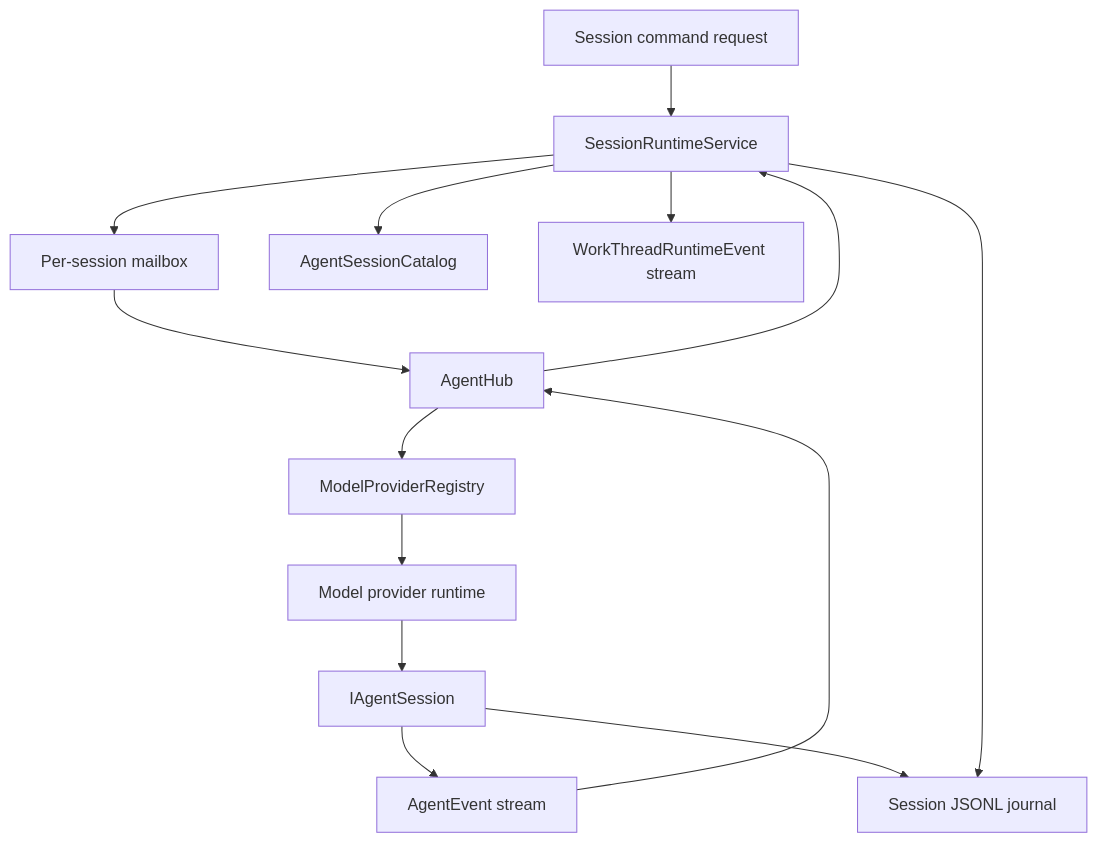
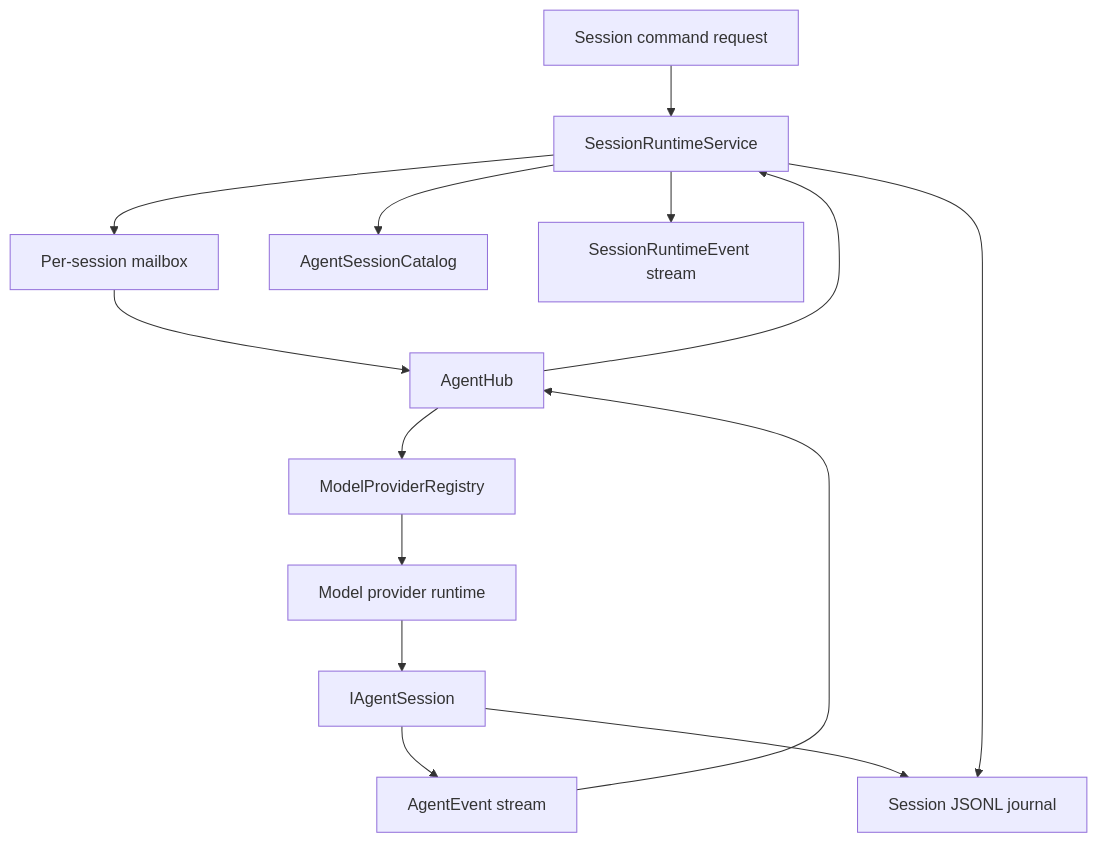
The fourth of 4 diagrams in doc/architecture.md (DavidAlphaFox/CodeAlta), drawn with Mermaid before and after one commit. The commit also changed other lines of this file and 422 other files, not shown here.

````diff
--- a/doc/architecture.md
+++ b/doc/architecture.md
@@ -132,28 +132,28 @@
 ```mermaid
 flowchart TD
     Request[Session command request]
     SRS[SessionRuntimeService]
     Actor[Per-session mailbox]
     Hub[AgentHub]
     Registry[ModelProviderRegistry]
     Provider[Model provider runtime]
     Session[IAgentSession]
     Catalog[AgentSessionCatalog]
     Events[AgentEvent stream]
-    RuntimeEvents[WorkThreadRuntimeEvent stream]
+    RuntimeEvents[SessionRuntimeEvent stream]
     Journal[Session JSONL journal]
 
     Request --> SRS
     SRS --> Actor
     Actor --> Hub
     Hub --> Registry
     Registry --> Provider
     Provider --> Session
     SRS --> Catalog
     Session --> Events
     Events --> Hub
     Hub --> SRS
     SRS --> RuntimeEvents
     Session --> Journal
     SRS --> Journal
 ```
````
